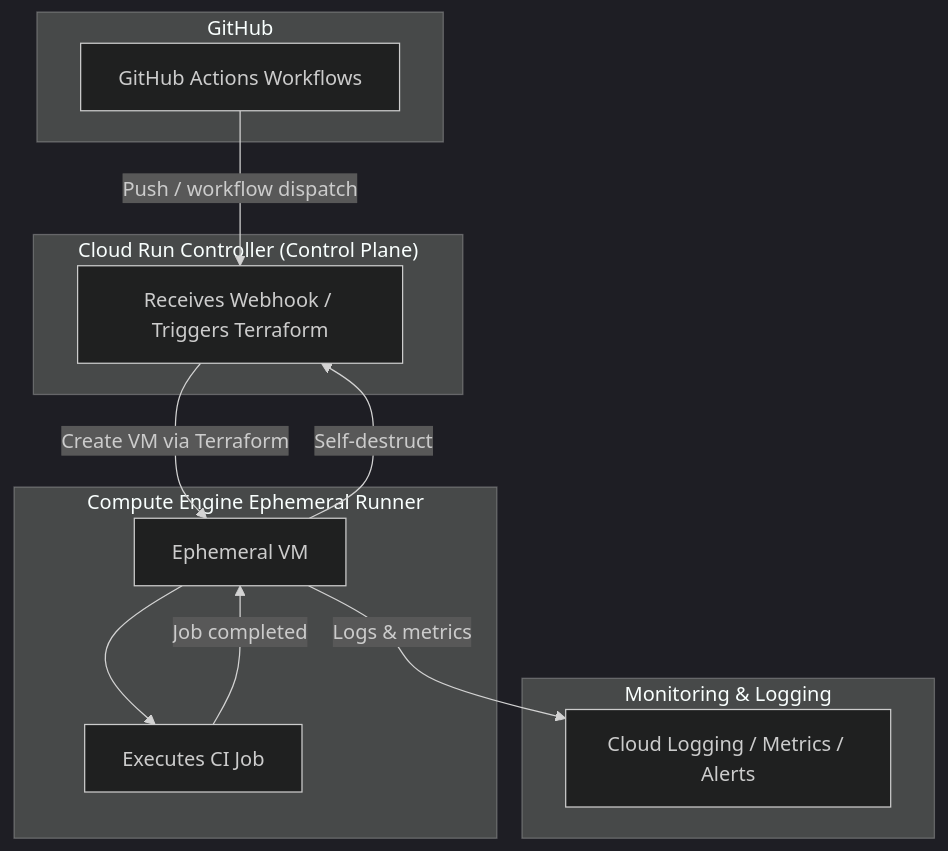
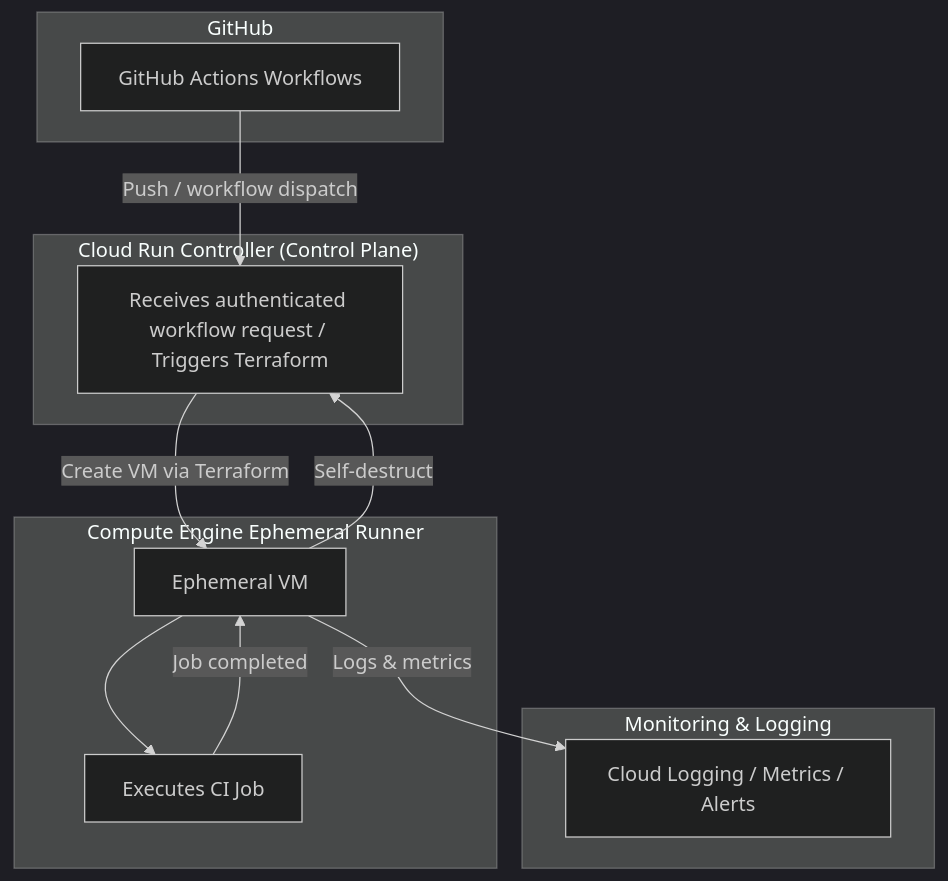
The second of 3 diagrams in README.md (DimitryZH/ci-build-platform), drawn with Mermaid (dark theme) before and after one commit. The commit also changed other lines of this file and 1 other file, not shown here.

````diff
--- a/README.md
+++ b/README.md
@@ -58,26 +58,26 @@
 ```mermaid
 flowchart TB
     subgraph GitHub
         GH[GitHub Actions Workflows]
     end
 
     subgraph Controller["Cloud Run Controller (Control Plane)"]
-        CR[Receives Webhook / Triggers Terraform]
+        CR[Receives authenticated workflow request / Triggers Terraform]
     end
 
     subgraph Runner["Compute Engine Ephemeral Runner"]
         VM[Ephemeral VM]
         Job[Executes CI Job]
     end
 
     subgraph Observability[Monitoring & Logging]
         M[Cloud Logging / Metrics / Alerts]
     end
 
     GH -->|Push / workflow dispatch| CR
     CR -->|Create VM via Terraform| VM
     VM --> Job
     Job -->|Job completed| VM
     VM -->|Logs & metrics| M
     VM -->|Self-destruct| CR
 ```
````
